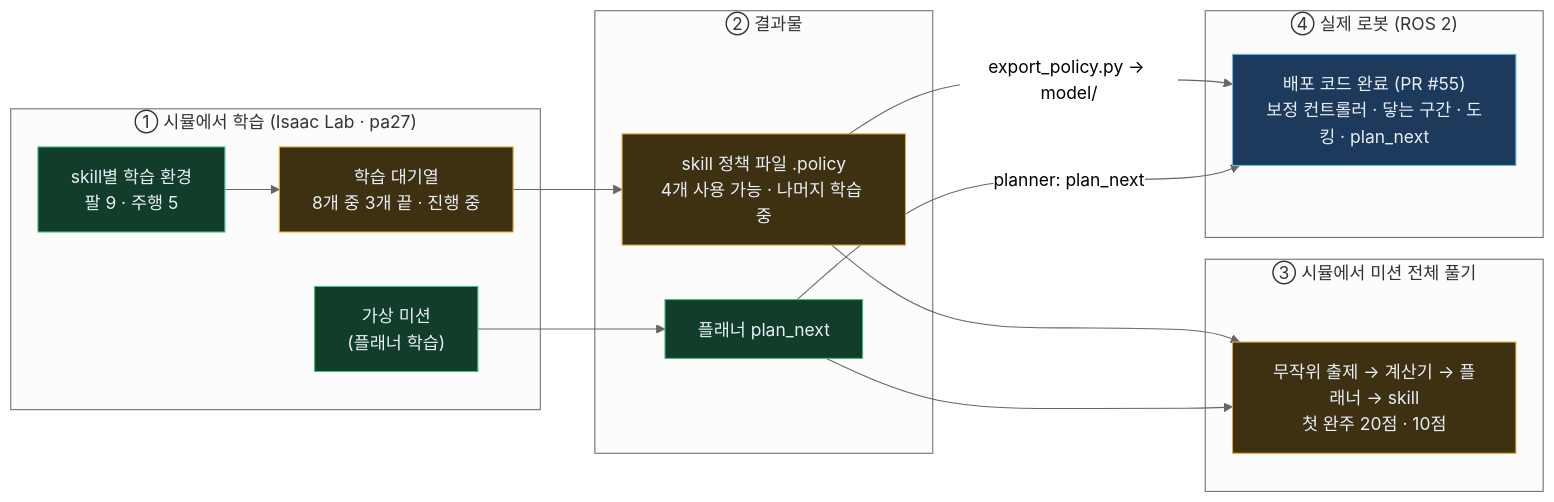
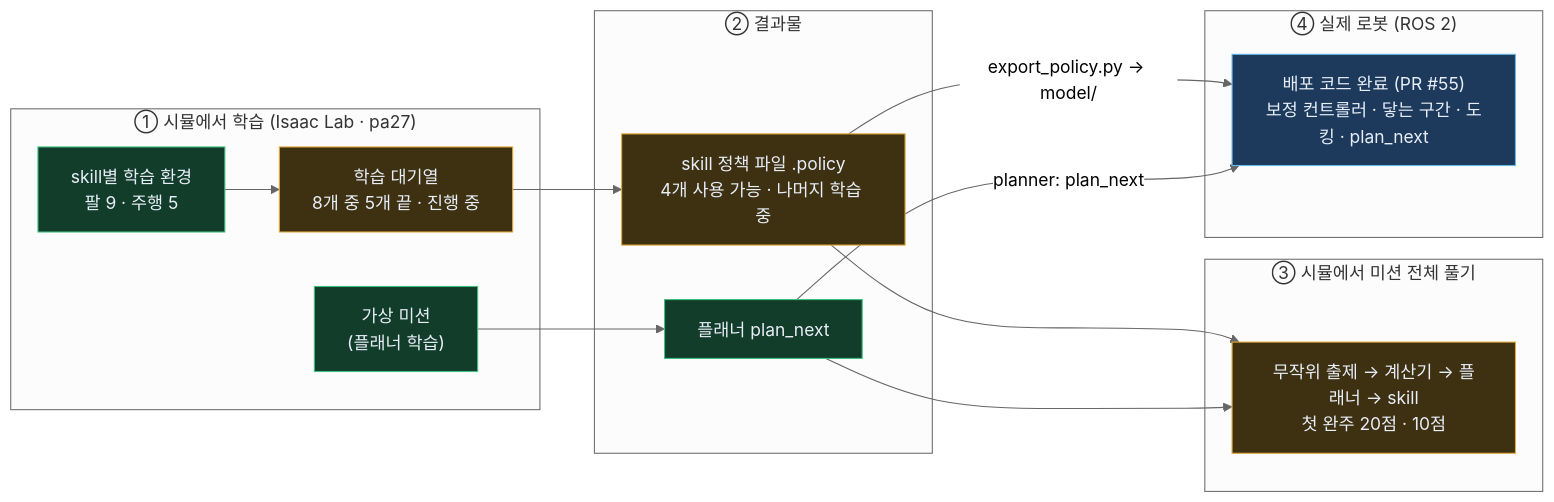
Before and after one commit to JuneKunst/JuneKunst.github.io: the first of 9 diagrams in bee/system-map.md, drawn with Mermaid (neutral theme). The commit also changed other lines of this file and 5 other files, not shown here.

````diff
--- a/bee/system-map.md
+++ b/bee/system-map.md
@@ -11,28 +11,28 @@
 ```mermaid
 flowchart LR
   subgraph g1_SIM["① 시뮬에서 학습 (Isaac Lab · pa27)"]
-    g1_E["skill별 학습 환경<br/>팔 9 · 주행 5"]:::ok --> g1_Q["학습 대기열<br/>8개 중 3개 끝 · 진행 중"]:::wip
+    g1_E["skill별 학습 환경<br/>팔 9 · 주행 5"]:::ok --> g1_Q["학습 대기열<br/>8개 중 5개 끝 · 진행 중"]:::wip
     g1_MS["가상 미션<br/>(플래너 학습)"]:::ok
   end
   subgraph g1_OUT["② 결과물"]
     g1_P["skill 정책 파일 .policy<br/>4개 사용 가능 · 나머지 학습 중"]:::wip
     g1_PN["플래너 plan_next"]:::ok
   end
   subgraph g1_CHECK["③ 시뮬에서 미션 전체 풀기"]
     g1_MR["무작위 출제 → 계산기 → 플래너 → skill<br/>첫 완주 20점 · 10점"]:::wip
   end
   subgraph g1_ROBOT["④ 실제 로봇 (ROS 2)"]
     g1_R["배포 코드 완료 (PR #55)<br/>보정 컨트롤러 · 닿는 구간 · 도킹 · plan_next"]:::code
   end
   g1_Q --> g1_P
   g1_MS --> g1_PN
   g1_P --> g1_MR
   g1_PN --> g1_MR
   g1_P -->|"export_policy.py → model/"| g1_R
   g1_PN -->|"planner: plan_next"| g1_R
   classDef ok fill:#123d2a,stroke:#3fbf7f,color:#e8eef8
   classDef code fill:#1d3a5c,stroke:#67b7e8,color:#e8eef8
   classDef wip fill:#3d3112,stroke:#e2a83a,color:#e8eef8
   classDef no fill:#3d1616,stroke:#e06666,color:#e8eef8
   classDef keep fill:#1c2635,stroke:#8aa0b8,color:#e8eef8
 ```
````
